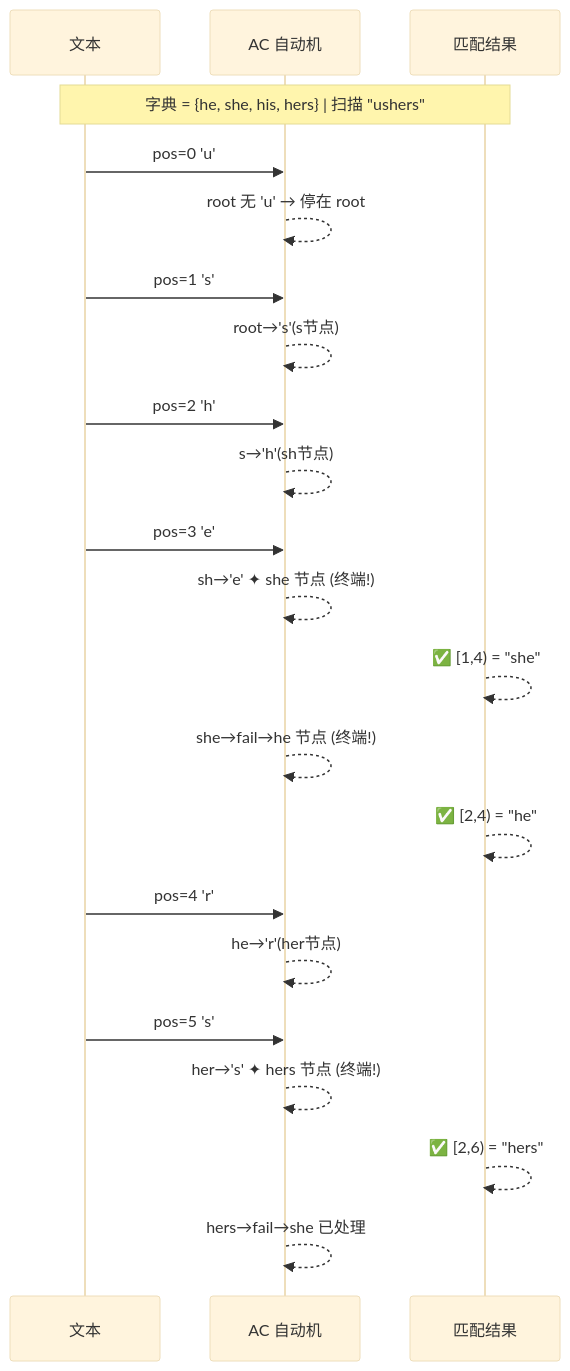
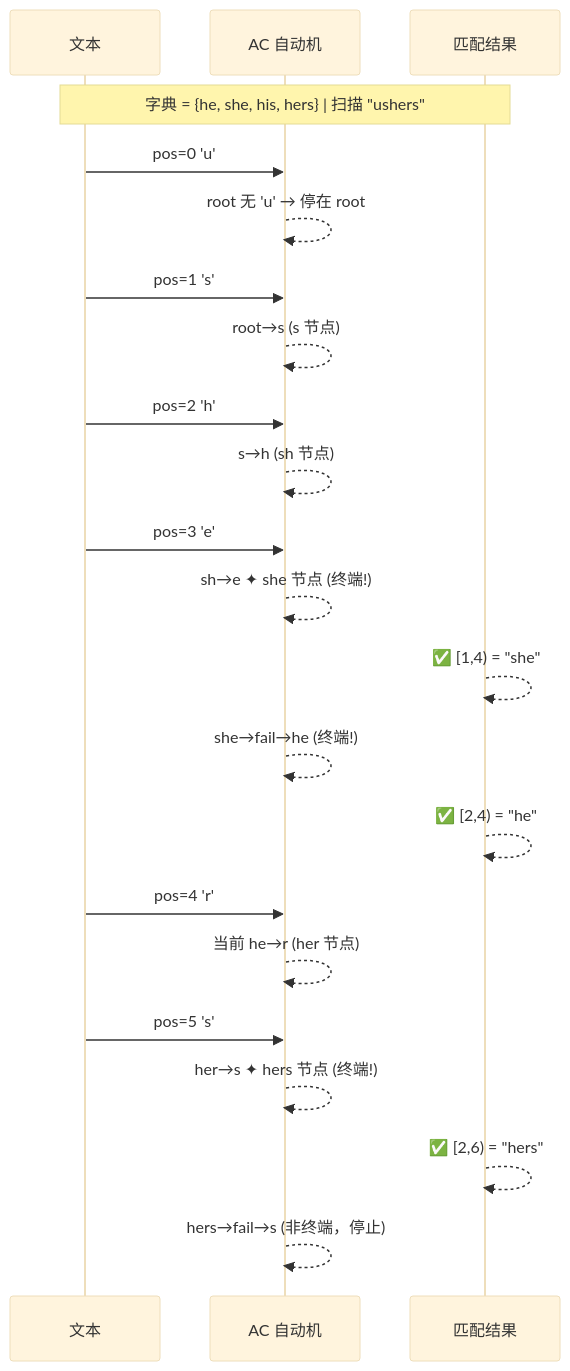
One commit to CandyMi/ccac changed the third of 5 diagrams in docs/ac-diagrams.md. Above: the diagram before and after it, drawn with Mermaid (base theme). The commit also changed other lines of this file and 10 other files, not shown here.

First line of the commit message:
refactor: rename ccac_find → ccac_match; fix wrong failure links in AC diagrams

````diff
--- a/docs/ac-diagrams.md
+++ b/docs/ac-diagrams.md
@@ -68,31 +77,31 @@
 ```mermaid
 sequenceDiagram
     participant T as 文本
     participant AC as AC 自动机
     participant M as 匹配结果
-    
+
     Note over T,M: 字典 = {he, she, his, hers} | 扫描 "ushers"
-    
+
     T->>AC: pos=0 'u'
     AC-->>AC: root 无 'u' → 停在 root
-    
+
     T->>AC: pos=1 's'
-    AC-->>AC: root→'s'(s节点)
-    
+    AC-->>AC: root→s (s 节点)
+
     T->>AC: pos=2 'h'
-    AC-->>AC: s→'h'(sh节点)
-    
+    AC-->>AC: s→h (sh 节点)
+
     T->>AC: pos=3 'e'
-    AC-->>AC: sh→'e' ✦ she 节点 (终端!)
+    AC-->>AC: sh→e ✦ she 节点 (终端!)
     M-->>M: ✅ [1,4) = "she"
-    AC-->>AC: she→fail→he 节点 (终端!)
+    AC-->>AC: she→fail→he (终端!)
     M-->>M: ✅ [2,4) = "he"
-    
+
     T->>AC: pos=4 'r'
-    AC-->>AC: he→'r'(her节点)
-    
+    AC-->>AC: 当前 he→r (her 节点)
+
     T->>AC: pos=5 's'
-    AC-->>AC: her→'s' ✦ hers 节点 (终端!)
+    AC-->>AC: her→s ✦ hers 节点 (终端!)
     M-->>M: ✅ [2,6) = "hers"
-    AC-->>AC: hers→fail→she 已处理
+    AC-->>AC: hers→fail→s (非终端，停止)
 ```
````
